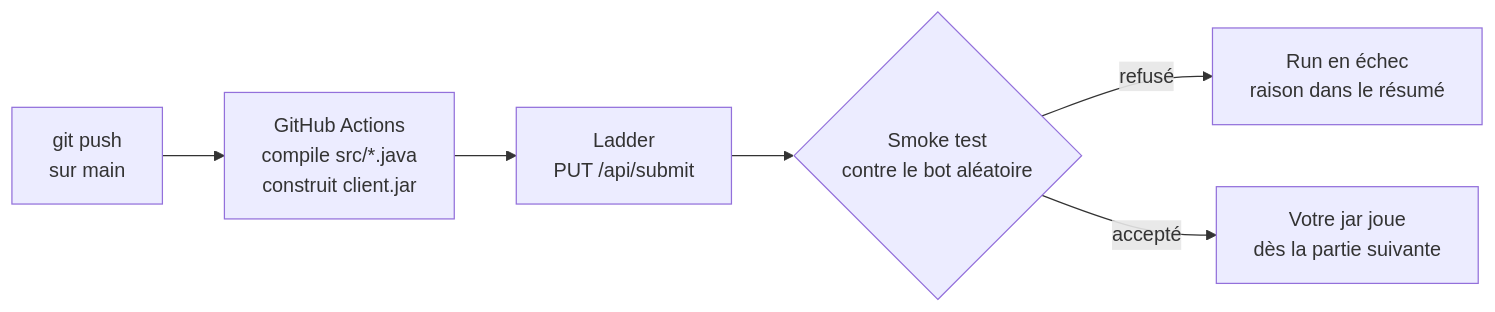
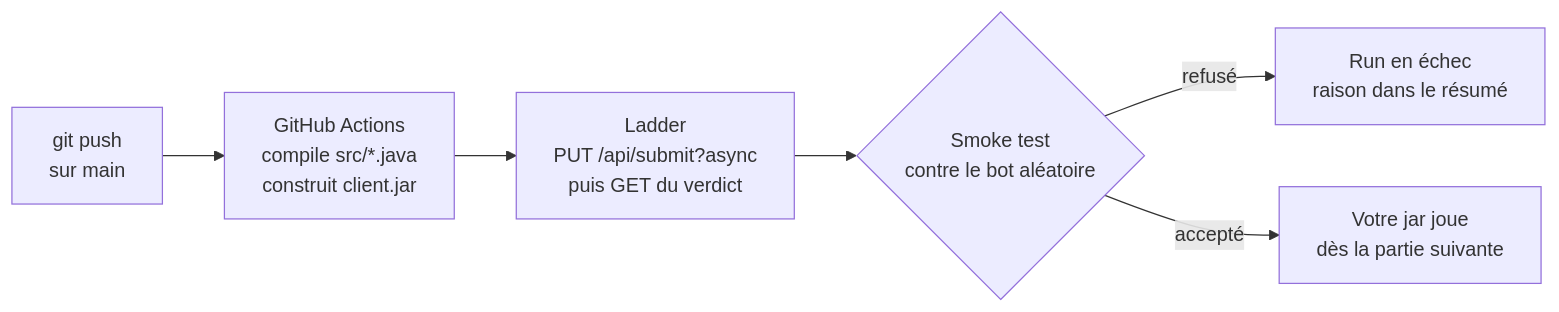
One commit to Jxddiss/LOG200-Scoreboard changed the diagram in templates/README.md. Above: the diagram before and after it, drawn with Mermaid. The commit also changed other lines of this file and 11 other files, not shown here.

Commit message:
feat(submission): implement async submission handling with verdict retrieval

````diff
--- a/templates/README.md
+++ b/templates/README.md
@@ -5,8 +5,8 @@
 ```mermaid
 flowchart LR
     Push["git push<br>sur main"] --> CI["GitHub Actions<br>compile src/*.java<br>construit client.jar"]
-    CI --> API["Ladder<br>PUT /api/submit"]
+    CI --> API["Ladder<br>PUT /api/submit?async<br>puis GET du verdict"]
     API --> Smoke{"Smoke test<br>contre le bot aléatoire"}
     Smoke -- refusé --> Rouge["Run en échec<br>raison dans le résumé"]
     Smoke -- accepté --> Classement["Votre jar joue<br>dès la partie suivante"]
 ```
````
